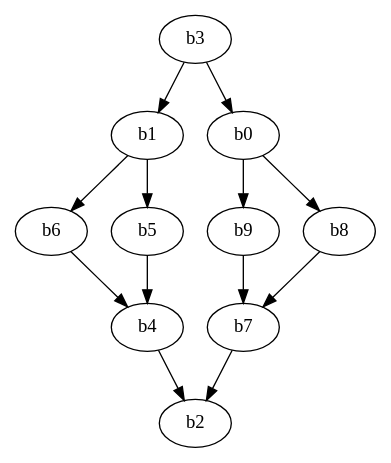
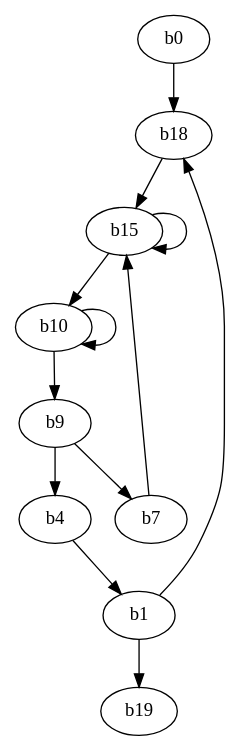
Before and after one commit to JoelWAnna/MiniOptimizingCompiler: the diagram in MiniOptIm3/after.dot, drawn with Graphviz. The commit also changed 11 other files, not shown here.

```diff
--- a/MiniOptIm3/after.dot
+++ b/MiniOptIm3/after.dot
@@ -1,15 +1,15 @@
 digraph MIL {
-  b3;
-  b3 -> b1;
-  b1 -> b6;
-  b1 -> b5;
-  b6 -> b4;
-  b5 -> b4;
-  b3 -> b0;
-  b0 -> b9;
-  b0 -> b8;
+  b0;
+  b0 -> b18;
+  b1 -> b18;
+  b18 -> b15;
+  b15 -> b15;
+  b7 -> b15;
+  b15 -> b10;
+  b10 -> b10;
+  b10 -> b9;
+  b9 -> b4;
+  b4 -> b1;
+  b1 -> b19;
   b9 -> b7;
-  b8 -> b7;
-  b4 -> b2;
-  b7 -> b2;
 }
```
